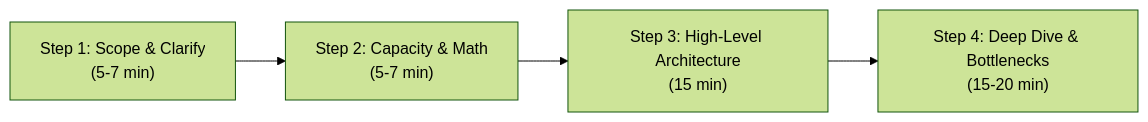
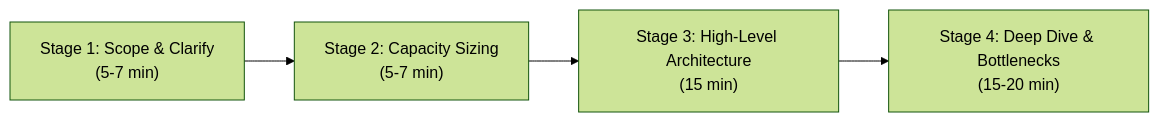
One commit to asheeshsahu7300/system-design changed the diagram in README.md. Above: the diagram before and after it, drawn with Mermaid (forest theme). The commit also changed other lines of this file and 4 other files, not shown here.

Commit message:
docs: remove emoticons and map roadmap scopes to dedicated branches

````diff
--- a/README.md
+++ b/README.md
@@ -40,6 +76,6 @@
 ```mermaid
 flowchart LR
-    A["Step 1: Scope & Clarify<br>(5-7 min)"] --> B["Step 2: Capacity & Math<br>(5-7 min)"]
-    B --> C["Step 3: High-Level Architecture<br>(15 min)"]
-    C --> D["Step 4: Deep Dive & Bottlenecks<br>(15-20 min)"]
+    A["Stage 1: Scope & Clarify<br>(5-7 min)"] --> B["Stage 2: Capacity Sizing<br>(5-7 min)"]
+    B --> C["Stage 3: High-Level Architecture<br>(15 min)"]
+    C --> D["Stage 4: Deep Dive & Bottlenecks<br>(15-20 min)"]
 ```
````
